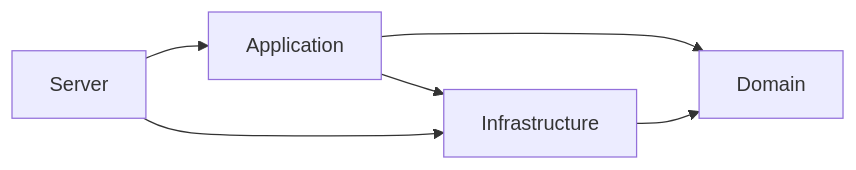
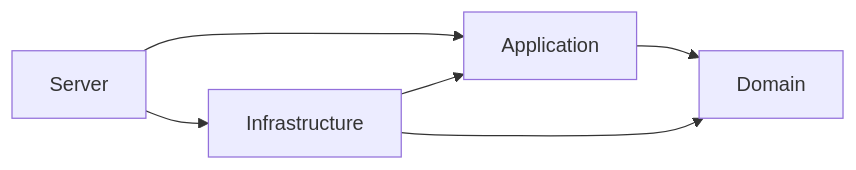
The diagram in README.md (MikeMucik/MyWerehouse), drawn with Mermaid before and after one commit. The commit also changed other lines of this file and 30 other files, not shown here.

Commit message:
Complete Clean Architecture refactor and update documentation

````diff
--- a/README.md
+++ b/README.md
@@ -71,8 +70,8 @@
 ```mermaid
 graph LR
     Server --> Application
     Server --> Infrastructure
     Application --> Domain
-    Application --> Infrastructure
+    Infrastructure --> Application
     Infrastructure --> Domain
 ```
````
